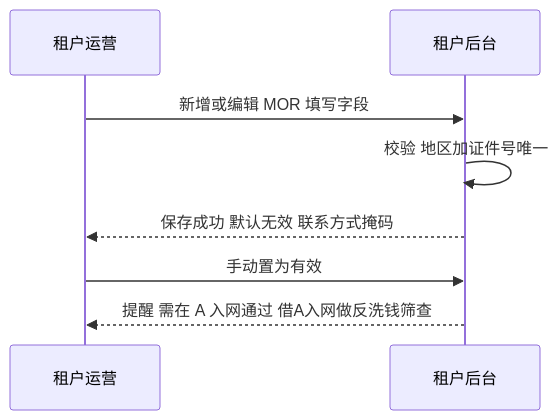
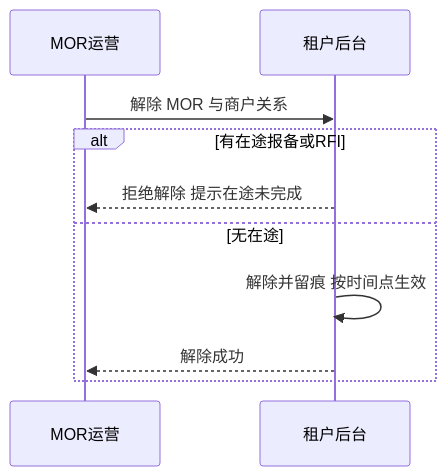
The fourth of 6 diagrams in MORSolutions/解决方案/MOR模式-受控租户方案.md (xiaoxiaoangie/EX-NEW), drawn with Mermaid before and after one commit. The commit also changed other lines of this file and 24 other files, not shown here.

````diff
--- a/MORSolutions/解决方案/MOR模式-受控租户方案.md
+++ b/MORSolutions/解决方案/MOR模式-受控租户方案.md
@@ -133,10 +125,12 @@
 ```mermaid
 sequenceDiagram
-    participant O as 租户运营
+    participant O as MOR运营
     participant S as 租户后台
-    O->>S: 新增或编辑 MOR 填写字段
-    S->>S: 校验 地区加证件号唯一
-    S-->>O: 保存成功 默认无效 联系方式掩码
-    O->>S: 手动置为有效
-    S-->>O: 提醒 需在 A 入网通过 借A入网做反洗钱筛查
+    O->>S: 解除 MOR 与商户关系
+    alt 有在途报备或RFI
+        S-->>O: 拒绝解除 提示在途未完成
+    else 无在途
+        S->>S: 解除并留痕 按时间点生效
+        S-->>O: 解除成功
+    end
 ```
````
